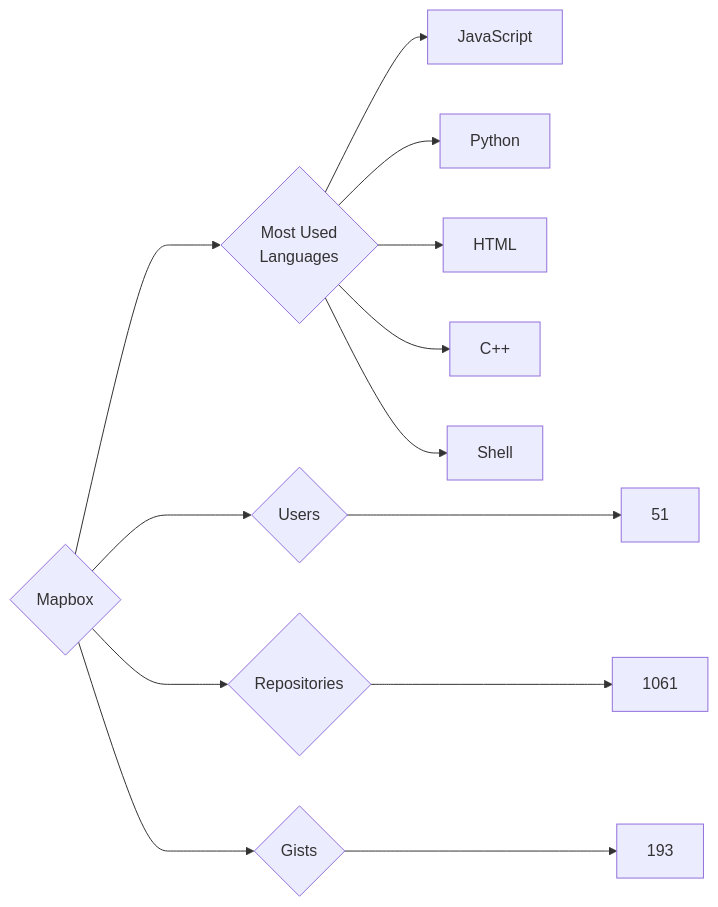
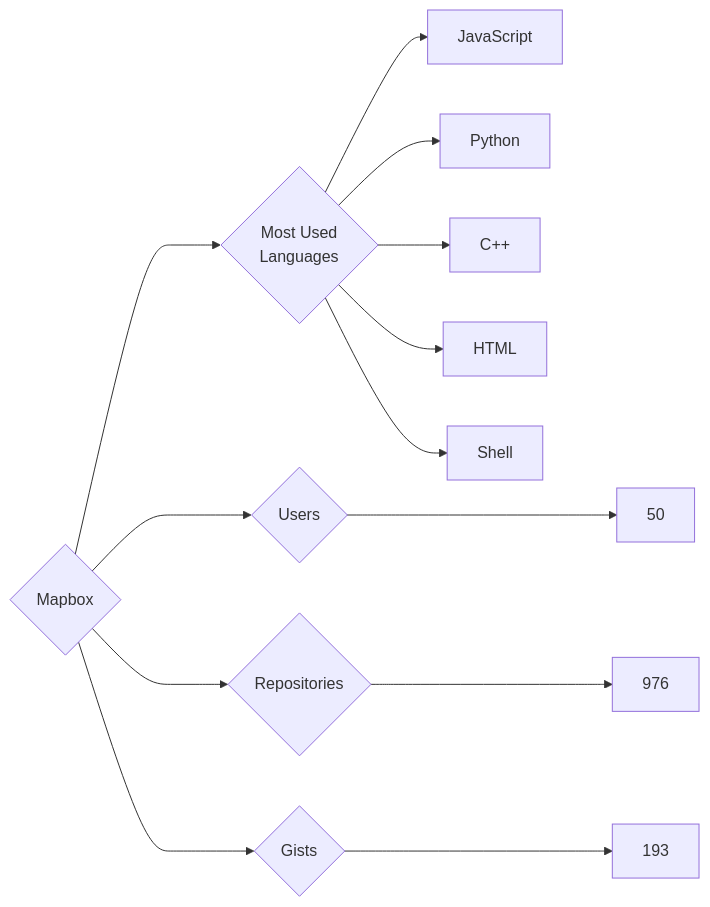
Before and after one commit to trickest/insiders: the diagram in targets/Mapbox/README.md, drawn with Mermaid. The commit also changed 838 other files, not shown here.

````diff
--- a/targets/Mapbox/README.md
+++ b/targets/Mapbox/README.md
@@ -3,13 +3,13 @@
 ```mermaid
 graph LR
 COMPANY_NAME{Mapbox}
-COMPANY_NAME ---> U{Users} ---> UN[51]
-COMPANY_NAME ---> R{Repositories} ---> RN[1061]
+COMPANY_NAME ---> U{Users} ---> UN[50]
+COMPANY_NAME ---> R{Repositories} ---> RN[976]
 COMPANY_NAME ---> G{Gists} ---> GN[193]
 COMPANY_NAME ---> ML{Most Used<br>Languages}
 ML --> JavaScript[JavaScript]
 ML --> Python[Python]
+ML --> C++[C++]
 ML --> HTML[HTML]
-ML --> C++[C++]
 ML --> Shell[Shell]
 ```
````
